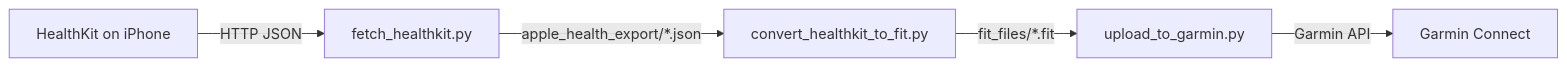
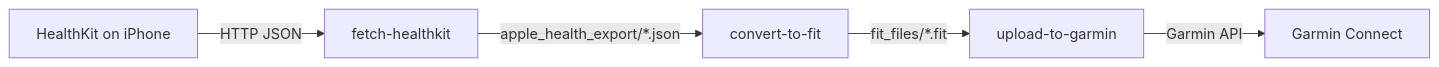
The diagram in README.md (brtkwr/apple-to-garmin), drawn with Mermaid before and after one commit. The commit also changed other lines of this file and 3 other files, not shown here.

First line of the commit message:
feat: add uv entrypoints, rename scripts/ to health_export/ package

````diff
--- a/README.md
+++ b/README.md
@@ -9,7 +9,7 @@
 ```mermaid
 graph LR
-    A[HealthKit on iPhone] -->|HTTP JSON| B[fetch_healthkit.py]
-    B -->|apple_health_export/*.json| C[convert_healthkit_to_fit.py]
-    C -->|fit_files/*.fit| D[upload_to_garmin.py]
+    A[HealthKit on iPhone] -->|HTTP JSON| B[fetch-healthkit]
+    B -->|apple_health_export/*.json| C[convert-to-fit]
+    C -->|fit_files/*.fit| D[upload-to-garmin]
     D -->|Garmin API| E[Garmin Connect]
 ```
````
